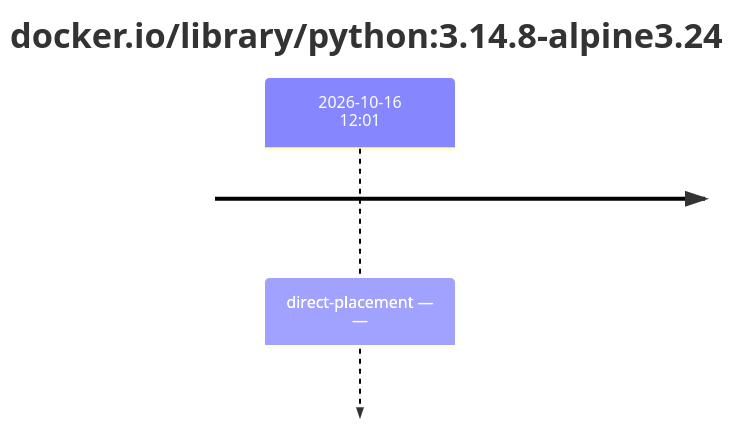
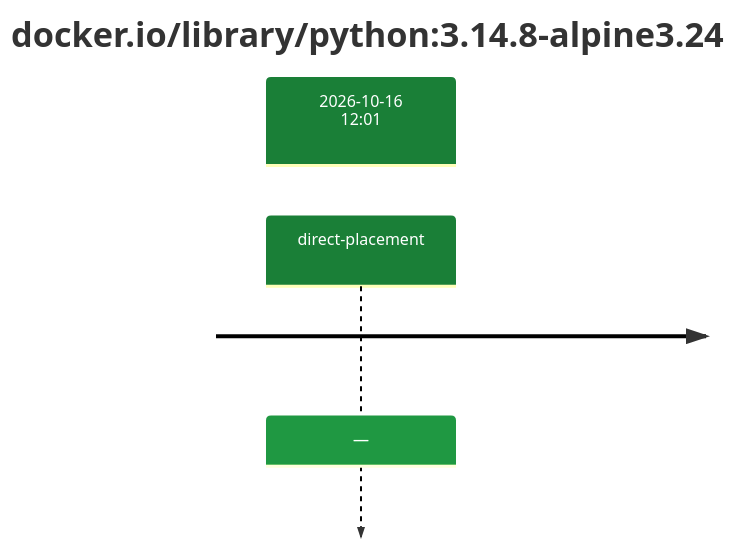
Before and after one commit to trivoallan/base-images: the first of 2 diagrams in results/reports/base-python-3/sha256:267d3fedc02b43d34b8d74d7d8c8e73dd0d8b7c456fcd6ed47eb46b80368230d.md, drawn with Mermaid. The commit also changed other lines of this file and 12 other files, not shown here.

````diff
--- a/results/reports/base-python-3/sha256:267d3fedc02b43d34b8d74d7d8c8e73dd0d8b7c456fcd6ed47eb46b80368230d.md
+++ b/results/reports/base-python-3/sha256:267d3fedc02b43d34b8d74d7d8c8e73dd0d8b7c456fcd6ed47eb46b80368230d.md
@@ -5,5 +5,7 @@
 ```mermaid
+%%{init: {"theme": "default", "themeVariables": {"cScale0": "#1a7f37", "cScaleLabel0": "#ffffff"}}}%%
 timeline
     title docker.io/library/python#58;3.14.8-alpine3.24
-    2026-10-16 12#58;01 : direct-placement — —
+    section 2026-10-16 12#58;01
+        direct-placement : —
 ```
````
